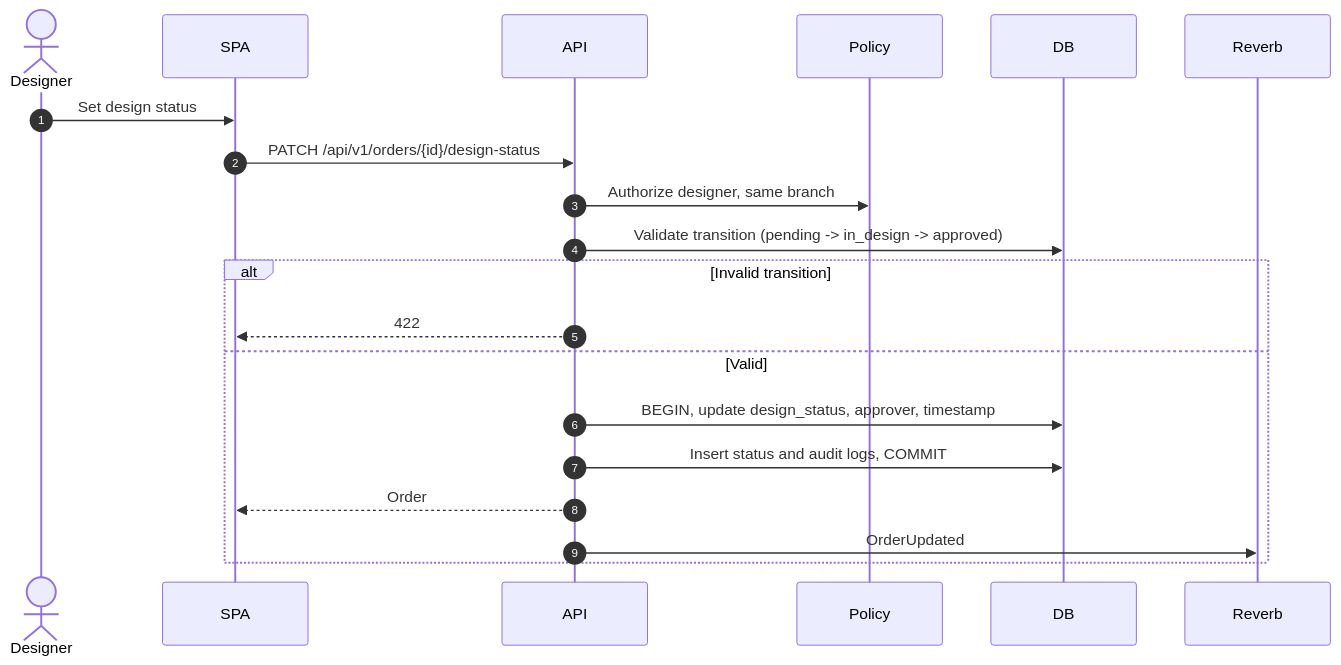
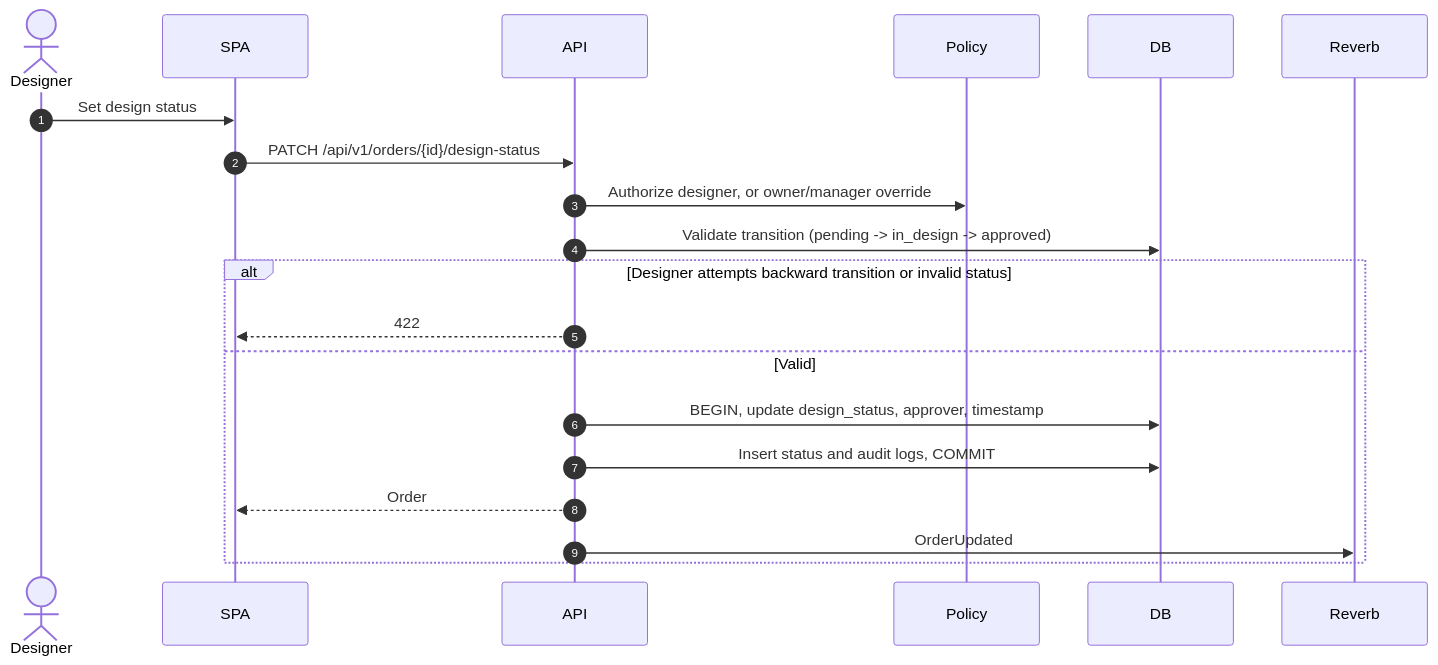
The seventh of 21 diagrams in docs/architecture/sequence-diagrams.md (Arukast/pos_alja), drawn with Mermaid before and after one commit. The commit also changed other lines of this file and 13 other files, not shown here.

````diff
--- a/docs/architecture/sequence-diagrams.md
+++ b/docs/architecture/sequence-diagrams.md
@@ -180,23 +180,23 @@
 ```mermaid
 sequenceDiagram
     autonumber
     actor D as Designer
     participant SPA
     participant API
     participant Policy
     participant DB
     participant R as Reverb
 
     D->>SPA: Set design status
     SPA->>API: PATCH /api/v1/orders/{id}/design-status
-    API->>Policy: Authorize designer, same branch
+    API->>Policy: Authorize designer, or owner/manager override
     API->>DB: Validate transition (pending -> in_design -> approved)
-    alt Invalid transition
+    alt Designer attempts backward transition or invalid status
         API-->>SPA: 422
     else Valid
         API->>DB: BEGIN, update design_status, approver, timestamp
         API->>DB: Insert status and audit logs, COMMIT
         API-->>SPA: Order
         API->>R: OrderUpdated
     end
 ```
````
